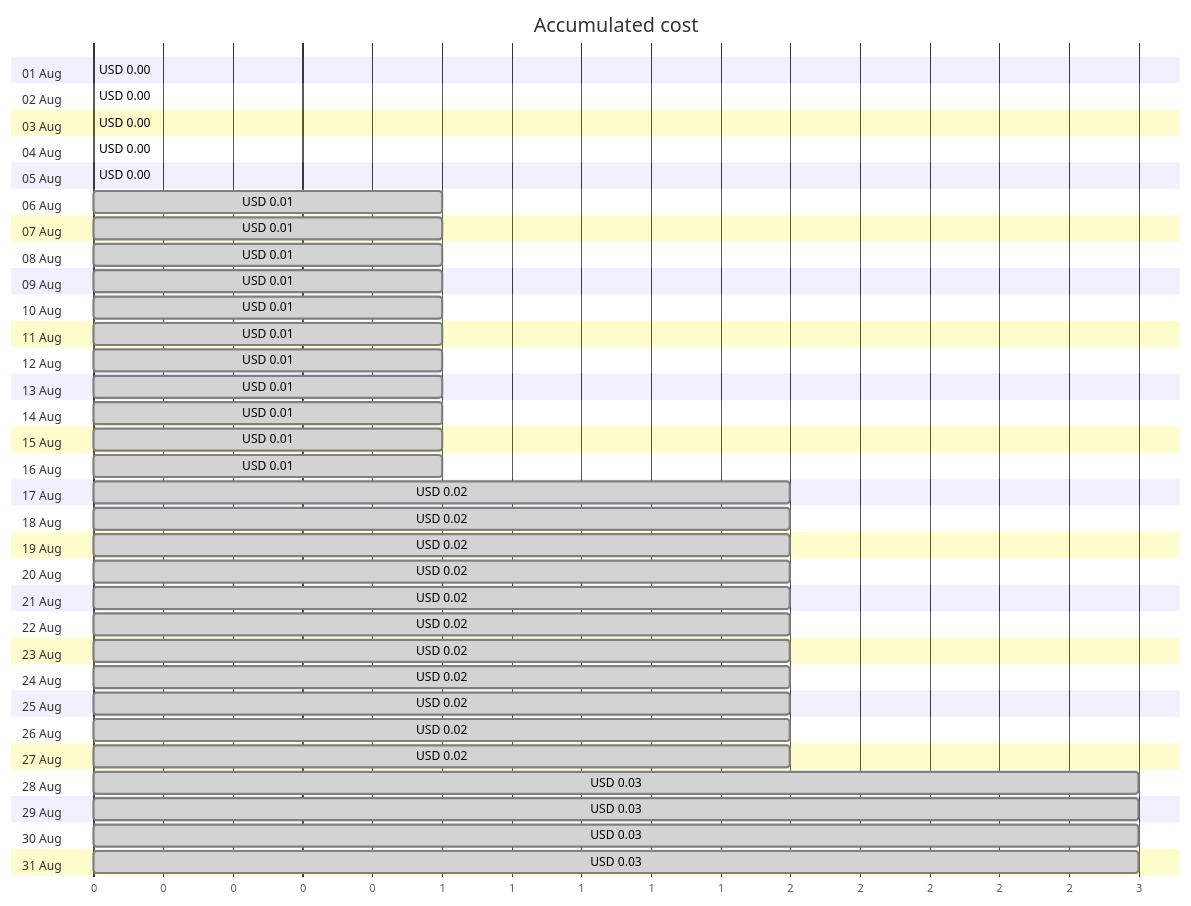
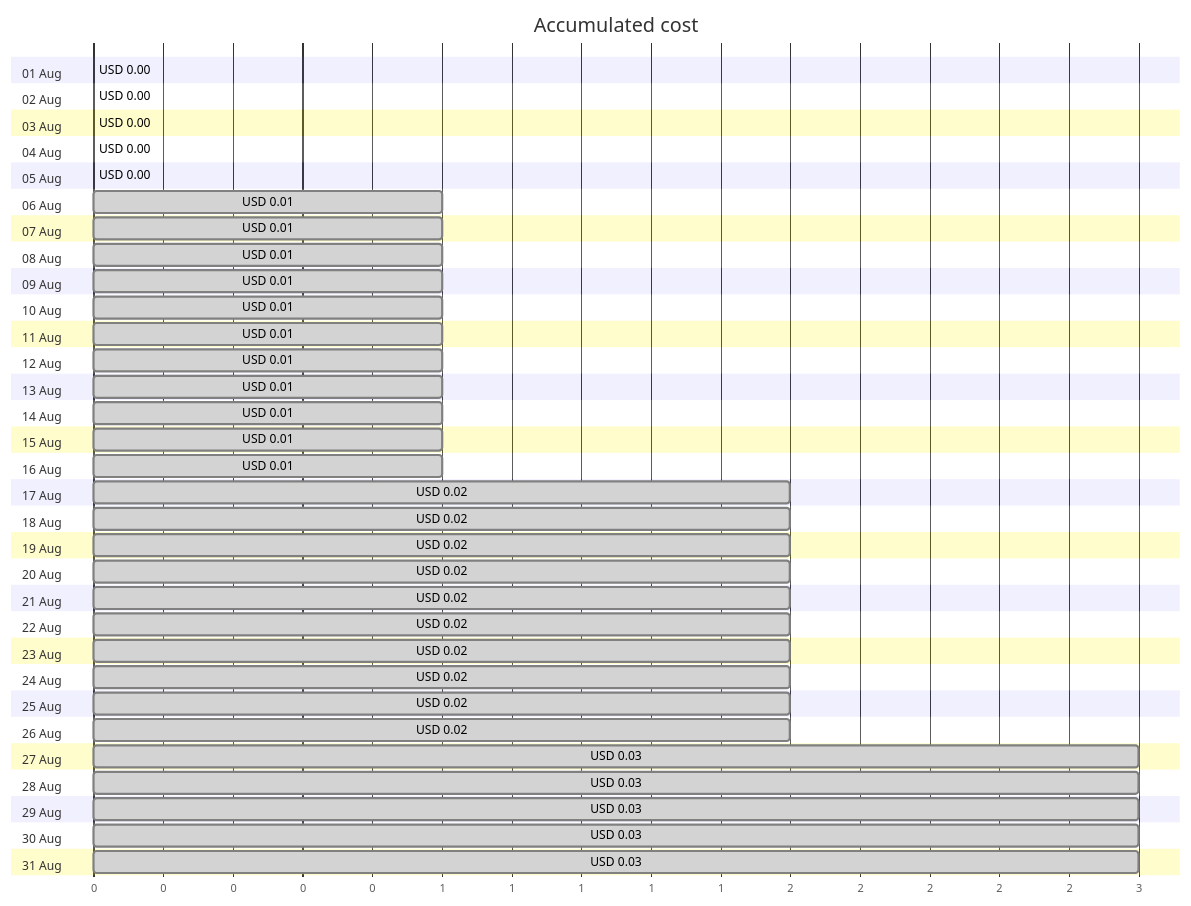
Before and after one commit to jpfulton/azure-personal-reports: the first of 4 diagrams in cost-reports/personal-site/personalsiteapipreview.md, drawn with Mermaid. The commit also changed other lines of this file and 6 other files, not shown here.

````diff
--- a/cost-reports/personal-site/personalsiteapipreview.md
+++ b/cost-reports/personal-site/personalsiteapipreview.md
@@ -20,68 +20,68 @@
 ```mermaid
 gantt
    title Accumulated cost
    dateFormat  X
    axisFormat %s
    section 01 Aug
    USD 0.00 :0, 0
    section 02 Aug
    USD 0.00 :0, 0
    section 03 Aug
    USD 0.00 :0, 0
    section 04 Aug
    USD 0.00 :0, 0
    section 05 Aug
-   USD 0.00 : done, 0, 0
+   USD 0.00 :0, 0
    section 06 Aug
    USD 0.01 : done, 0, 1
    section 07 Aug
    USD 0.01 : done, 0, 1
    section 08 Aug
    USD 0.01 : done, 0, 1
    section 09 Aug
    USD 0.01 : done, 0, 1
    section 10 Aug
    USD 0.01 : done, 0, 1
    section 11 Aug
    USD 0.01 : done, 0, 1
    section 12 Aug
    USD 0.01 : done, 0, 1
    section 13 Aug
    USD 0.01 : done, 0, 1
    section 14 Aug
    USD 0.01 : done, 0, 1
    section 15 Aug
    USD 0.01 : done, 0, 1
    section 16 Aug
    USD 0.01 : done, 0, 1
    section 17 Aug
    USD 0.02 : done, 0, 2
    section 18 Aug
    USD 0.02 : done, 0, 2
    section 19 Aug
    USD 0.02 : done, 0, 2
    section 20 Aug
    USD 0.02 : done, 0, 2
    section 21 Aug
    USD 0.02 : done, 0, 2
    section 22 Aug
    USD 0.02 : done, 0, 2
    section 23 Aug
    USD 0.02 : done, 0, 2
    section 24 Aug
    USD 0.02 : done, 0, 2
    section 25 Aug
    USD 0.02 : done, 0, 2
    section 26 Aug
    USD 0.02 : done, 0, 2
    section 27 Aug
-   USD 0.02 : done, 0, 2
+   USD 0.03 : done, 0, 3
    section 28 Aug
    USD 0.03 : done, 0, 3
    section 29 Aug
    USD 0.03 : done, 0, 3
    section 30 Aug
    USD 0.03 : done, 0, 3
    section 31 Aug
    USD 0.03 : done, 0, 3
 ```
````
